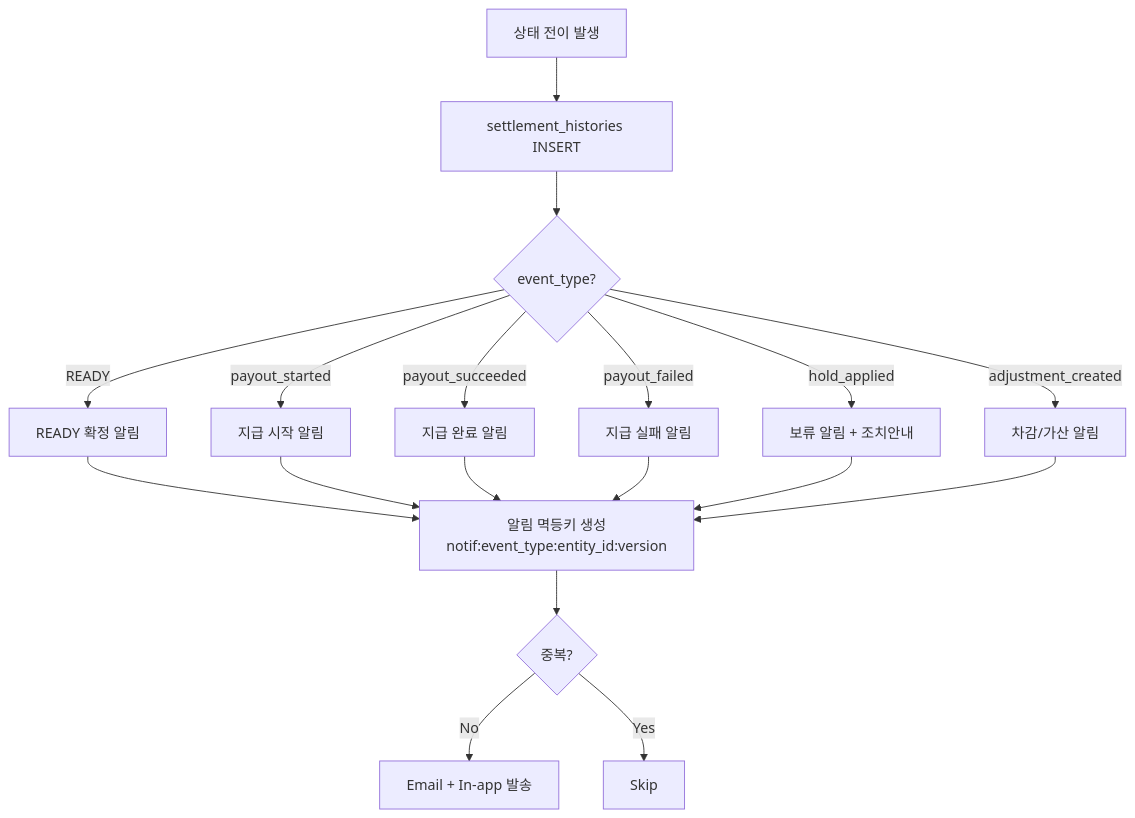
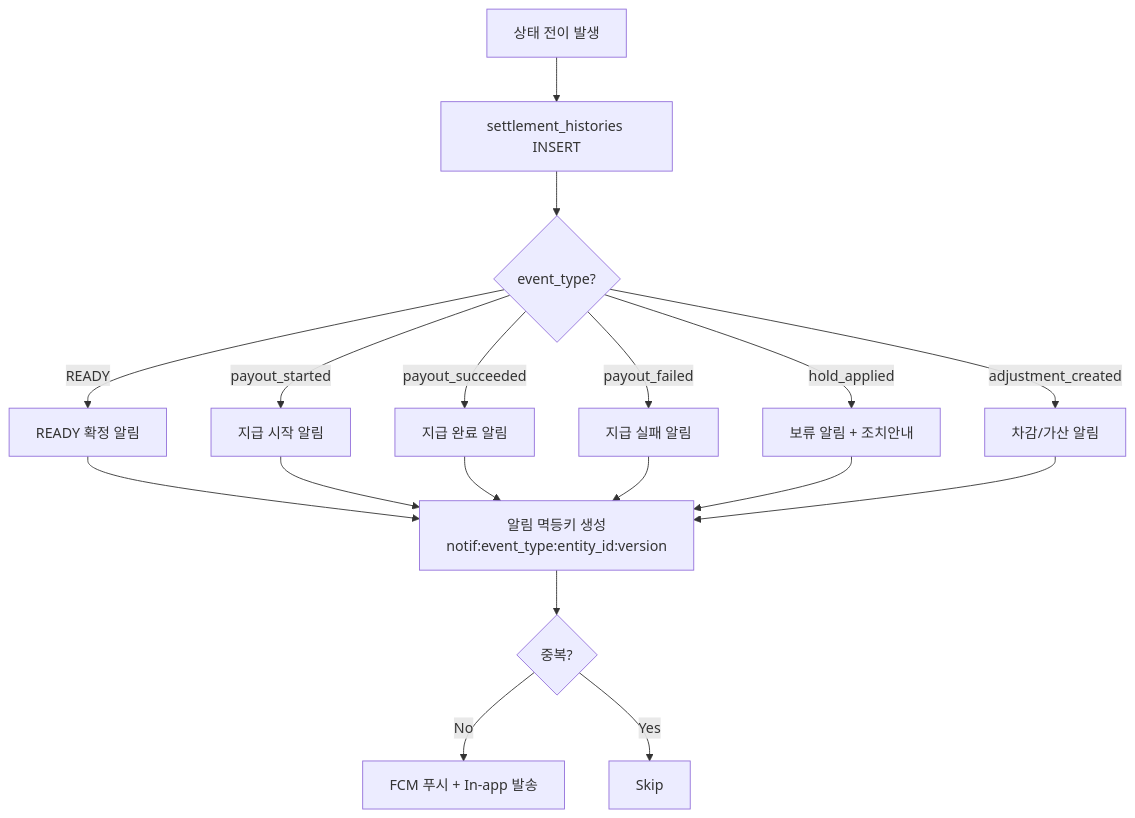
The tenth of 12 diagrams in docs/features/partner-settlement/architecture.md (Mark-Yun/minglit), drawn with Mermaid before and after one commit. The commit also changed other lines of this file and 3 other files, not shown here.

````diff
--- a/docs/features/partner-settlement/architecture.md
+++ b/docs/features/partner-settlement/architecture.md
@@ -494,16 +506,16 @@
 ```mermaid
 flowchart TD
     A[상태 전이 발생] --> B[settlement_histories INSERT]
     B --> C{event_type?}
     C -->|READY| D[READY 확정 알림]
     C -->|payout_started| E[지급 시작 알림]
     C -->|payout_succeeded| F[지급 완료 알림]
     C -->|payout_failed| G[지급 실패 알림]
     C -->|hold_applied| H[보류 알림 + 조치안내]
     C -->|adjustment_created| I[차감/가산 알림]
 
     D & E & F & G & H & I --> J[알림 멱등키 생성<br/>notif:event_type:entity_id:version]
     J --> K{중복?}
-    K -->|No| L[Email + In-app 발송]
+    K -->|No| L[FCM 푸시 + In-app 발송]
     K -->|Yes| M[Skip]
 ```
````
